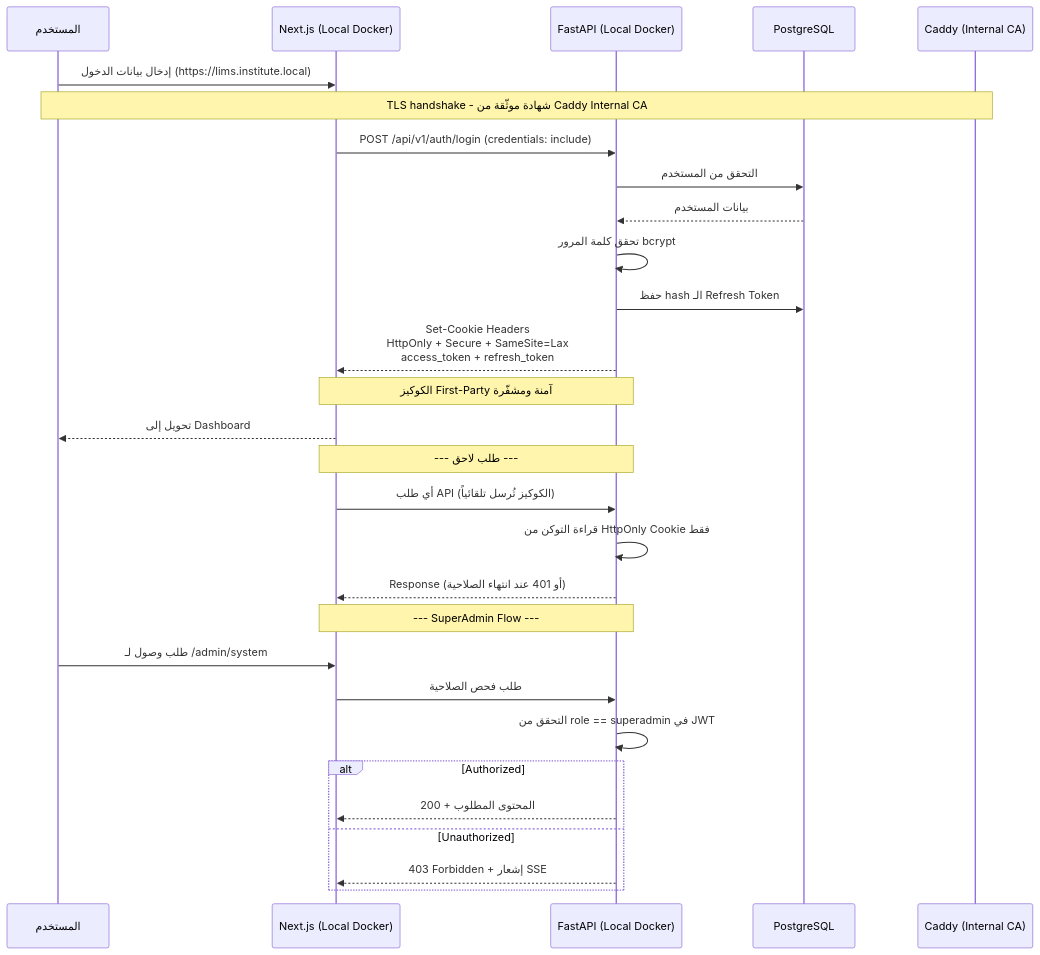
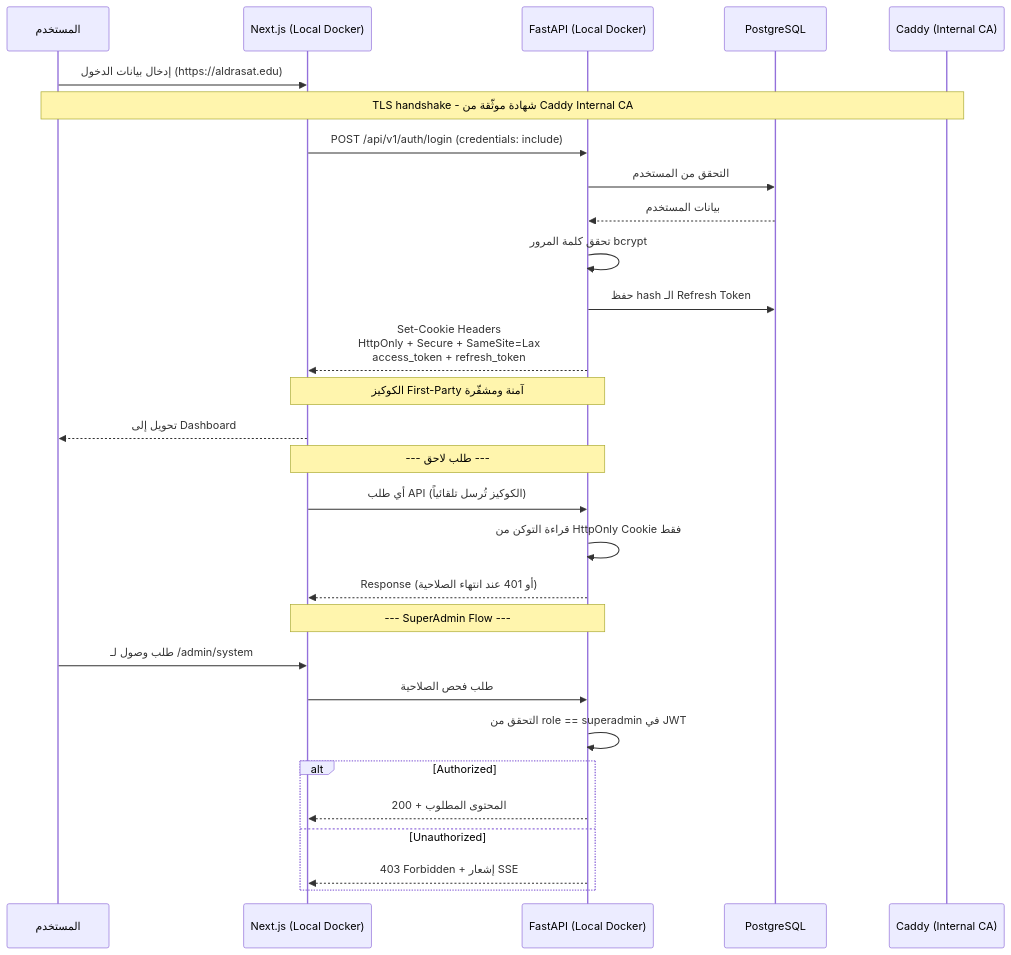
One commit to Mahbob25/ILMS-IERP changed the third of 11 diagrams in docs/plans/Plan-v1.6.md. Above: the diagram before and after it, drawn with Mermaid. The commit also changed other lines of this file and 26 other files, not shown here.

````diff
--- a/docs/plans/Plan-v1.6.md
+++ b/docs/plans/Plan-v1.6.md
@@ -366,34 +366,34 @@
 ```mermaid
 sequenceDiagram
     participant U as المستخدم
     participant F as Next.js (Local Docker)
     participant B as FastAPI (Local Docker)
     participant DB as PostgreSQL
     participant Caddy as Caddy (Internal CA)
 
-    U->>F: إدخال بيانات الدخول (https://lims.institute.local)
+    U->>F: إدخال بيانات الدخول (https://aldrasat.edu)
     Note over U,Caddy: TLS handshake - شهادة موثّقة من Caddy Internal CA
     F->>B: POST /api/v1/auth/login (credentials: include)
     B->>DB: التحقق من المستخدم
     DB-->>B: بيانات المستخدم
     B->>B: تحقق كلمة المرور bcrypt
     B->>DB: حفظ hash الـ Refresh Token
     B-->>F: Set-Cookie Headers<br/>HttpOnly + Secure + SameSite=Lax<br/>access_token + refresh_token
     Note over F,B: الكوكيز First-Party آمنة ومشفّرة
     F-->>U: تحويل إلى Dashboard
 
     Note over F,B: --- طلب لاحق ---
     F->>B: أي طلب API (الكوكيز تُرسل تلقائياً)
     B->>B: قراءة التوكن من HttpOnly Cookie فقط
     B-->>F: Response (أو 401 عند انتهاء الصلاحية)
 
     Note over F,B: --- SuperAdmin Flow ---
     U->>F: طلب وصول لـ /admin/system
     F->>B: طلب فحص الصلاحية
     B->>B: التحقق من role == superadmin في JWT
     alt Authorized
         B-->>F: 200 + المحتوى المطلوب
     else Unauthorized
         B-->>F: 403 Forbidden + إشعار SSE
     end
 ```
````
